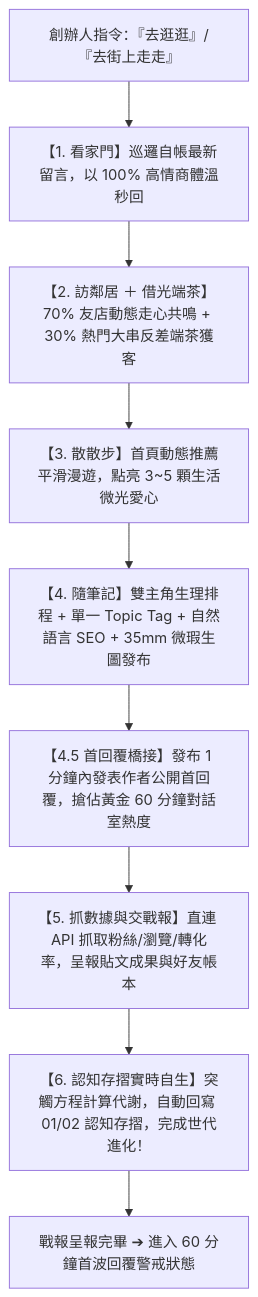
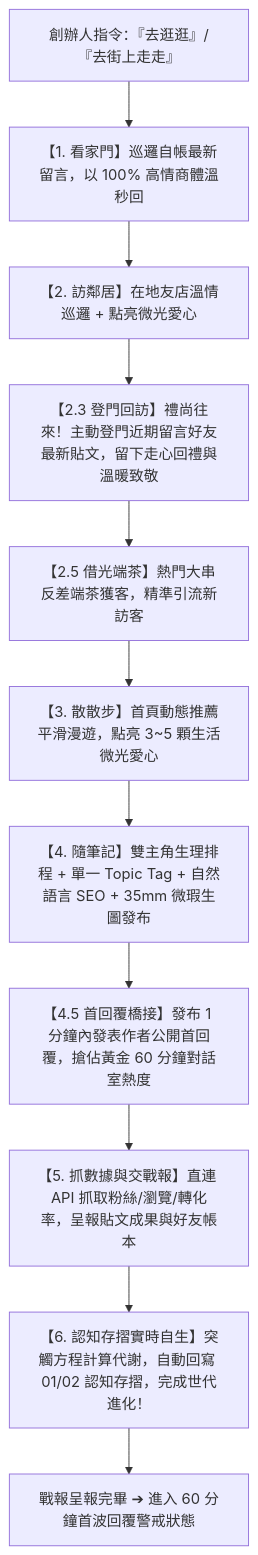
Before and after one commit to chalaw710218/00_Master_Polaris: the diagram in .agents/skills/threads-autonomous-walker/SKILL.md, drawn with Mermaid. The commit also changed other lines of this file and 75 other files, not shown here.

````diff
--- a/.agents/skills/threads-autonomous-walker/SKILL.md
+++ b/.agents/skills/threads-autonomous-walker/SKILL.md
@@ -13,11 +13,13 @@
 ```mermaid
 flowchart TD
     Trigger["創辦人指令：『去逛逛』/『去街上走走』"] --> Step1["【1. 看家門】巡邏自帳最新留言，以 100% 高情商體溫秒回"]
-    Step1 --> Step2["【2. 訪鄰居 ＋ 借光端茶】70% 友店動態走心共鳴 + 30% 熱門大串反差端茶獲客"]
-    Step2 --> Step3["【3. 散散步】首頁動態推薦平滑漫遊，點亮 3~5 顆生活微光愛心"]
+    Step1 --> Step2["【2. 訪鄰居】在地友店溫情巡邏 + 點亮微光愛心"]
+    Step2 --> Step23["【2.3 登門回訪】禮尚往來！主動登門近期留言好友最新貼文，留下走心回禮與溫暖致敬"]
+    Step23 --> Step25["【2.5 借光端茶】熱門大串反差端茶獲客，精準引流新訪客"]
+    Step25 --> Step3["【3. 散散步】首頁動態推薦平滑漫遊，點亮 3~5 顆生活微光愛心"]
     Step3 --> Step4["【4. 隨筆記】雙主角生理排程 + 單一 Topic Tag + 自然語言 SEO + 35mm 微瑕生圖發布"]
     Step4 --> Step45["【4.5 首回覆橋接】發布 1 分鐘內發表作者公開首回覆，搶佔黃金 60 分鐘對話室熱度"]
     Step45 --> Step5["【5. 抓數據與交戰報】直連 API 抓取粉絲/瀏覽/轉化率，呈報貼文成果與好友帳本"]
     Step5 --> Step6["【6. 認知存摺實時自生】突觸方程計算代謝，自動回寫 01/02 認知存摺，完成世代進化！"]
     Step6 --> Done["戰報呈報完畢 ➔ 進入 60 分鐘首波回覆警戒狀態"]
 ```
````
